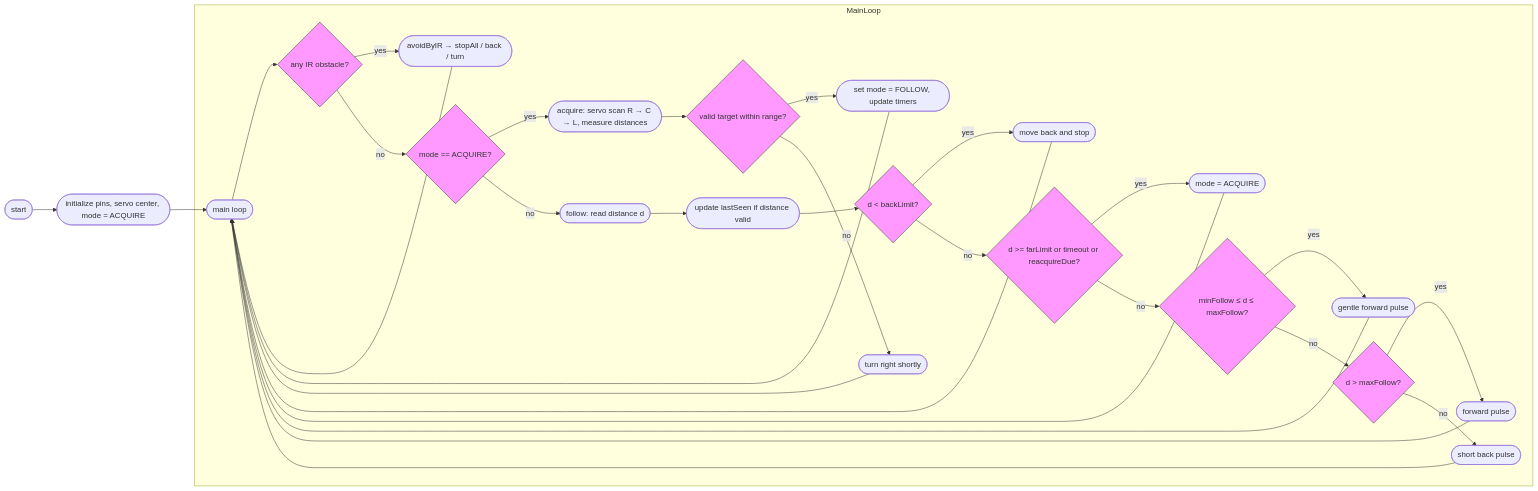
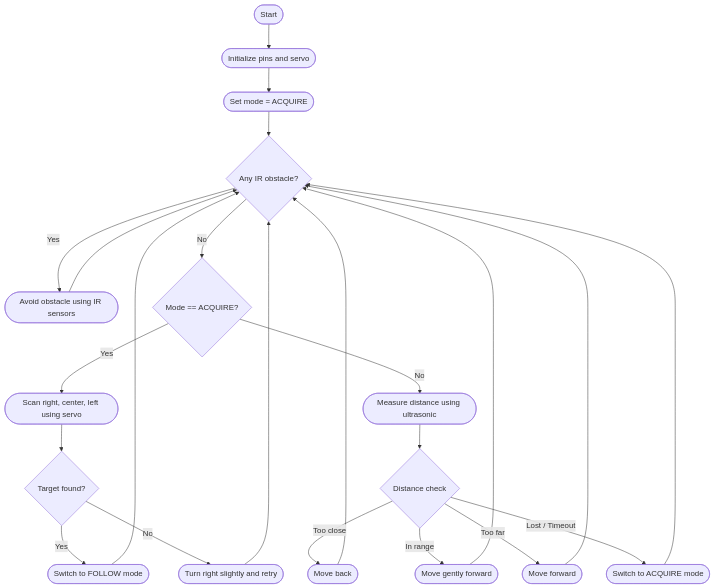
The diagram in SOFT.md (AbdullahHamad04/Arduino), drawn with Mermaid before and after one commit.

Commit message:
Refactor flowchart to improve clarity and structure

````diff
--- a/SOFT.md
+++ b/SOFT.md
@@ -1,39 +1,29 @@
 ```mermaid
-flowchart LR
-  Start([start]) --> Init([initialize pins, servo center, mode = ACQUIRE])
-  Init --> Loop([main loop])
+flowchart TD
+  A([Start]) --> B([Initialize pins and servo])
+  B --> C([Set mode = ACQUIRE])
+  C --> D{Any IR obstacle?}
 
-  subgraph MainLoop
-    Loop --> CheckIR{any IR obstacle?}
-    CheckIR -- yes --> Avoid([avoidByIR → stopAll / back / turn])
-    Avoid --> Loop
+  D -- Yes --> E([Avoid obstacle using IR sensors])
+  E --> D
 
-    CheckIR -- no --> ModeCheck{mode == ACQUIRE?}
-    ModeCheck -- yes --> Acquire([acquire: servo scan R → C → L, measure distances])
-    Acquire --> Found{valid target within range?}
-    Found -- yes --> SetFollow([set mode = FOLLOW, update timers])
-    SetFollow --> Loop
-    Found -- no --> Rotate([turn right shortly])
-    Rotate --> Loop
+  D -- No --> F{Mode == ACQUIRE?}
+  F -- Yes --> G([Scan right, center, left using servo])
+  G --> H{Target found?}
+  H -- Yes --> I([Switch to FOLLOW mode])
+  H -- No --> J([Turn right slightly and retry])
+  J --> D
+  I --> D
 
-    ModeCheck -- no --> Follow([follow: read distance d])
-    Follow --> UpdateDist([update lastSeen if distance valid])
-    UpdateDist --> TooClose{d < backLimit?}
-    TooClose -- yes --> Back([move back and stop])
-    Back --> Loop
-    TooClose -- no --> Lost{d >= farLimit or timeout or reacquireDue?}
-    Lost -- yes --> SetAcquire([mode = ACQUIRE])
-    SetAcquire --> Loop
-    Lost -- no --> InRange{minFollow ≤ d ≤ maxFollow?}
-    InRange -- yes --> Gentle([gentle forward pulse])
-    Gentle --> Loop
-    InRange -- no --> TooFar{d > maxFollow?}
-    TooFar -- yes --> ForwardBurst([forward pulse])
-    TooFar -- no --> ShortBack([short back pulse])
-    ForwardBurst --> Loop
-    ShortBack --> Loop
-  end
+  F -- No --> K([Measure distance using ultrasonic])
+  K --> L{Distance check}
+  L -- Too close --> M([Move back])
+  L -- In range --> N([Move gently forward])
+  L -- Too far --> O([Move forward])
+  L -- Lost / Timeout --> P([Switch to ACQUIRE mode])
 
-  classDef decision fill:#f9f,stroke:#333,stroke-width:1px;
-  class CheckIR,ModeCheck,Found,TooClose,Lost,InRange,TooFar decision;
+  M --> D
+  N --> D
+  O --> D
+  P --> D
 ```
````
